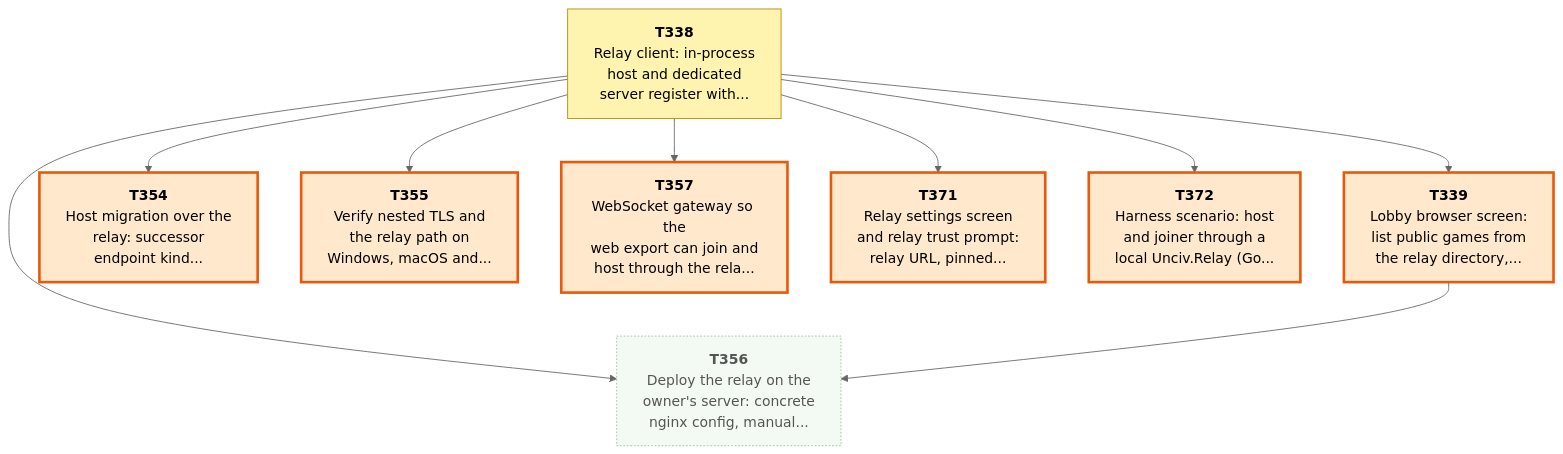
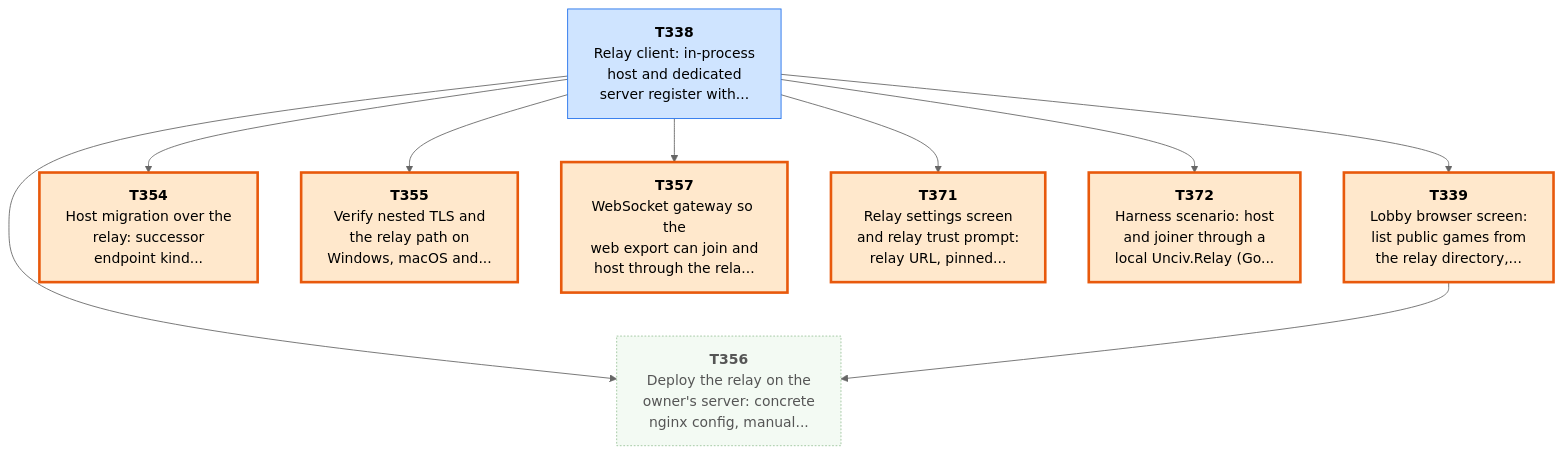
The first of 7 diagrams in csharp/migration/DEPENDENCY_MAP.md (Kenmura/Unciv), drawn with Mermaid (neutral theme) before and after one commit. The commit also changed other lines of this file and 1 other file, not shown here.

Commit message:
migration: implement T338 [Claude]

````diff
--- a/csharp/migration/DEPENDENCY_MAP.md
+++ b/csharp/migration/DEPENDENCY_MAP.md
@@ -64,34 +64,34 @@
 ```mermaid
 flowchart TD
   T338["<b>T338</b><br/>Relay client: in-process<br/>host and dedicated<br/>server register with..."]
   T339["<b>T339</b><br/>Lobby browser screen:<br/>list public games from<br/>the relay directory,..."]
   T354["<b>T354</b><br/>Host migration over the<br/>relay: successor<br/>endpoint kind..."]
   T355["<b>T355</b><br/>Verify nested TLS and<br/>the relay path on<br/>Windows, macOS and..."]
   T356["<b>T356</b><br/>Deploy the relay on the<br/>owner's server: concrete<br/>nginx config, manual..."]
   T357["<b>T357</b><br/>WebSocket gateway so the<br/>web export can join and<br/>host through the rela..."]
   T371["<b>T371</b><br/>Relay settings screen<br/>and relay trust prompt:<br/>relay URL, pinned..."]
   T372["<b>T372</b><br/>Harness scenario: host<br/>and joiner through a<br/>local Unciv.Relay (Go..."]
   T338 --> T339
   T338 --> T354
   T338 --> T355
   T338 --> T356
   T339 --> T356
   T338 --> T357
   T338 --> T371
   T338 --> T372
   classDef waiting fill:#f3faf3,stroke:#9bc49b,color:#555,stroke-dasharray:2 2
   classDef ondeck fill:#ffe8cc,stroke:#e8590c,stroke-width:3px,color:#000
   classDef ready fill:#7ee787,stroke:#1a7f37,stroke-width:3px,color:#000
   classDef prog fill:#fff3b0,stroke:#b58900,color:#000
   classDef review fill:#cfe4ff,stroke:#1f6feb,color:#000
   classDef blocked fill:#ffd6d6,stroke:#c62828,color:#000
   classDef done fill:#eeeeee,stroke:#999999,color:#666,stroke-dasharray:4 3
-  class T338 prog
+  class T338 review
   class T339 ondeck
   class T354 ondeck
   class T355 ondeck
   class T356 waiting
   class T357 ondeck
   class T371 ondeck
   class T372 ondeck
 ```
````
